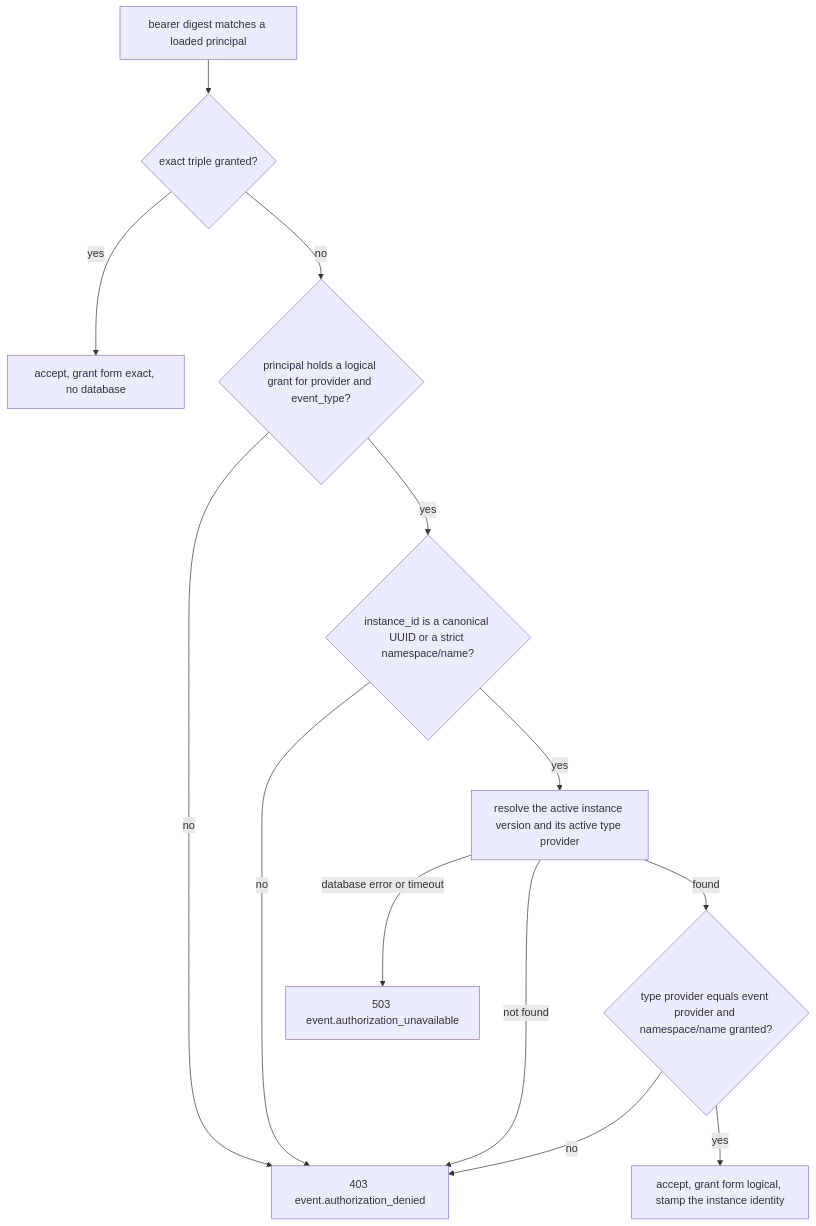
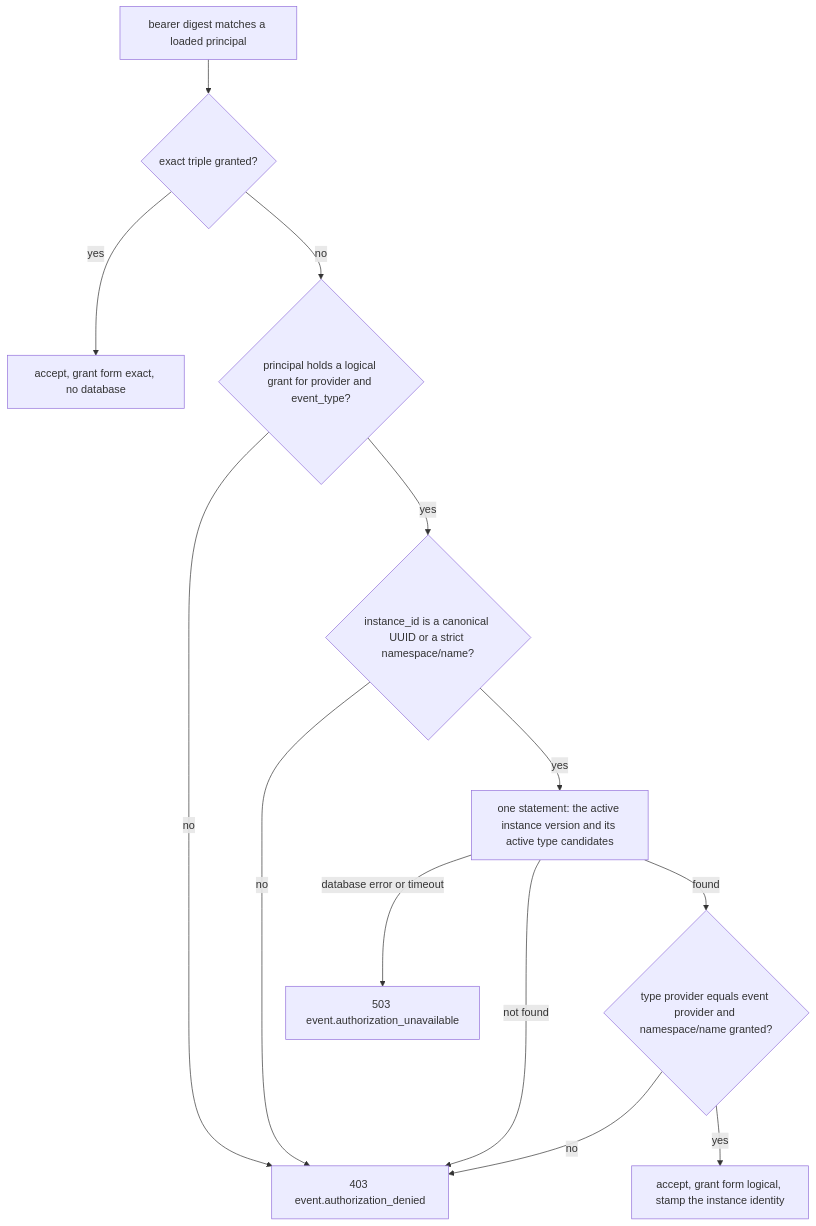
One commit to dakasa-yggdrasil/yggdrasil-core changed the diagram in docs/adr/0021-key-event-publisher-grants-by-the-logical-integration-instance.md. Above: the diagram before and after it, drawn with Mermaid. The commit also changed other lines of this file and 5 other files, not shown here.

````diff
--- a/docs/adr/0021-key-event-publisher-grants-by-the-logical-integration-instance.md
+++ b/docs/adr/0021-key-event-publisher-grants-by-the-logical-integration-instance.md
@@ -36,15 +36,15 @@
 ```mermaid
 flowchart TD
   A[bearer digest matches a loaded principal] --> B{exact triple granted?}
   B -- yes --> OK1[accept, grant form exact, no database]
   B -- no --> C{principal holds a logical grant for provider and event_type?}
   C -- no --> D403[403 event.authorization_denied]
   C -- yes --> E{instance_id is a canonical UUID or a strict namespace/name?}
   E -- no --> D403
-  E -- yes --> F[resolve the active instance version and its active type provider]
+  E -- yes --> F[one statement: the active instance version and its active type candidates]
   F -- database error or timeout --> D503[503 event.authorization_unavailable]
   F -- not found --> D403
   F -- found --> G{type provider equals event provider and namespace/name granted?}
   G -- no --> D403
   G -- yes --> OK2[accept, grant form logical, stamp the instance identity]
 ```
````
